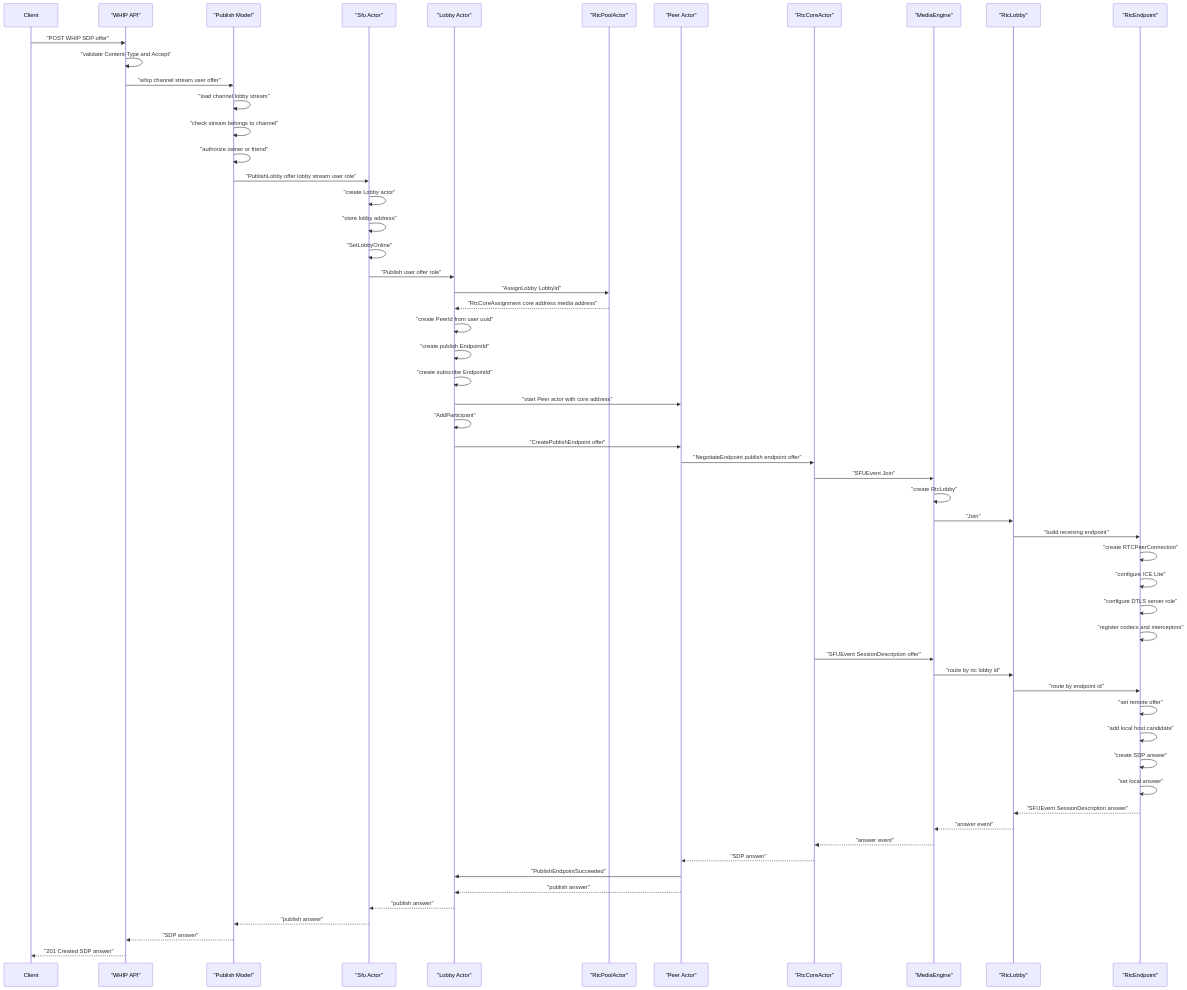
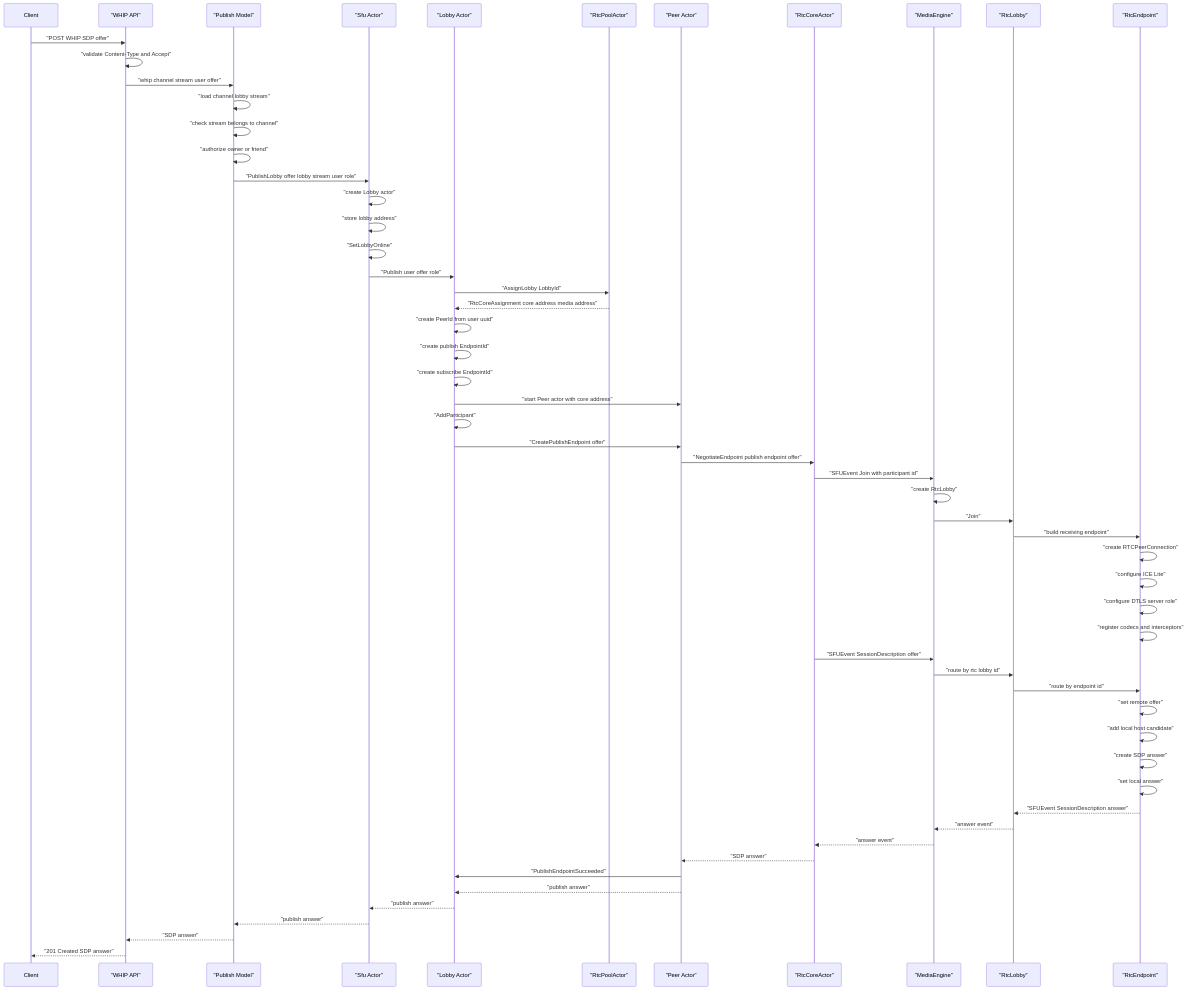
One commit to shigde/shig changed the diagram in doc/architecture/use-cases/create-publishing-endpoint.md. Above: the diagram before and after it, drawn with Mermaid. The commit also changed other lines of this file and 9 other files, not shown here.

````diff
--- a/doc/architecture/use-cases/create-publishing-endpoint.md
+++ b/doc/architecture/use-cases/create-publishing-endpoint.md
@@ -48,65 +48,65 @@
 ```mermaid
 sequenceDiagram
     participant Client
     participant API as "WHIP API"
     participant Model as "Publish Model"
     participant Sfu as "Sfu Actor"
     participant Lobby as "Lobby Actor"
     participant Pool as "RtcPoolActor"
     participant Peer as "Peer Actor"
     participant Core as "RtcCoreActor"
     participant Engine as "MediaEngine"
     participant RtcLobby as "RtcLobby"
     participant Endpoint as "RtcEndpoint"
 
     Client->>API: "POST WHIP SDP offer"
     API->>API: "validate Content-Type and Accept"
     API->>Model: "whip channel stream user offer"
     Model->>Model: "load channel lobby stream"
     Model->>Model: "check stream belongs to channel"
     Model->>Model: "authorize owner or friend"
     Model->>Sfu: "PublishLobby offer lobby stream user role"
 
     Sfu->>Sfu: "create Lobby actor"
     Sfu->>Sfu: "store lobby address"
     Sfu->>Sfu: "SetLobbyOnline"
     Sfu->>Lobby: "Publish user offer role"
 
     Lobby->>Pool: "AssignLobby LobbyId"
     Pool-->>Lobby: "RtcCoreAssignment core address media address"
     Lobby->>Lobby: "create PeerId from user uuid"
     Lobby->>Lobby: "create publish EndpointId"
     Lobby->>Lobby: "create subscribe EndpointId"
     Lobby->>Peer: "start Peer actor with core address"
     Lobby->>Lobby: "AddParticipant"
     Lobby->>Peer: "CreatePublishEndpoint offer"
 
     Peer->>Core: "NegotiateEndpoint publish endpoint offer"
-    Core->>Engine: "SFUEvent Join"
+    Core->>Engine: "SFUEvent Join with participant id"
     Engine->>Engine: "create RtcLobby"
     Engine->>RtcLobby: "Join"
     RtcLobby->>Endpoint: "build receiving endpoint"
     Endpoint->>Endpoint: "create RTCPeerConnection"
     Endpoint->>Endpoint: "configure ICE Lite"
     Endpoint->>Endpoint: "configure DTLS server role"
     Endpoint->>Endpoint: "register codecs and interceptors"
 
     Core->>Engine: "SFUEvent SessionDescription offer"
     Engine->>RtcLobby: "route by rtc lobby id"
     RtcLobby->>Endpoint: "route by endpoint id"
     Endpoint->>Endpoint: "set remote offer"
     Endpoint->>Endpoint: "add local host candidate"
     Endpoint->>Endpoint: "create SDP answer"
     Endpoint->>Endpoint: "set local answer"
     Endpoint-->>RtcLobby: "SFUEvent SessionDescription answer"
     RtcLobby-->>Engine: "answer event"
     Engine-->>Core: "answer event"
     Core-->>Peer: "SDP answer"
 
     Peer->>Lobby: "PublishEndpointSucceeded"
     Peer-->>Lobby: "publish answer"
     Lobby-->>Sfu: "publish answer"
     Sfu-->>Model: "publish answer"
     Model-->>API: "SDP answer"
     API-->>Client: "201 Created SDP answer"
 ```
````
